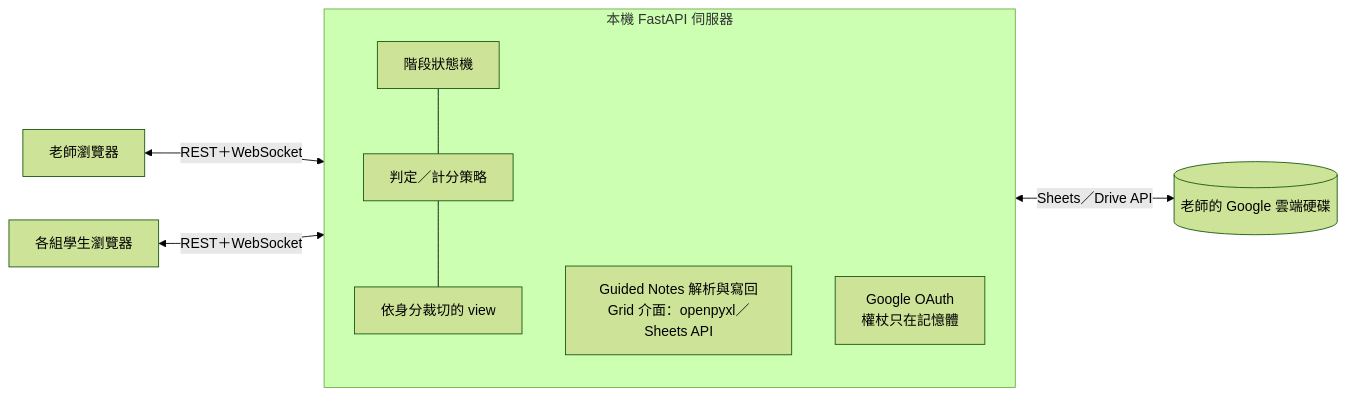
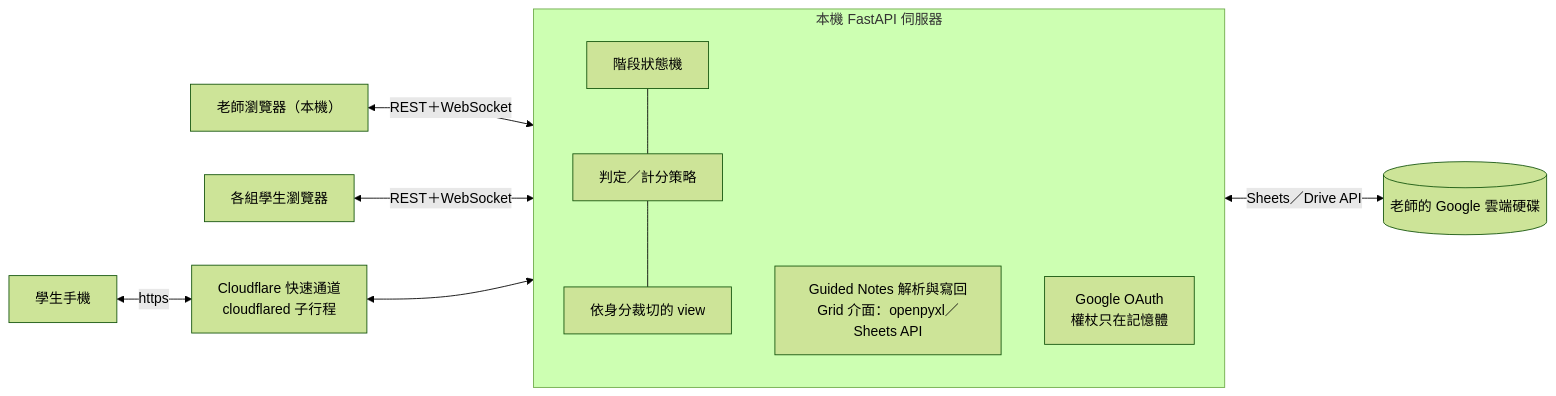
Before and after one commit to yue083139/software_fin-speckit: the second of 2 diagrams in docs/product-trd.md, drawn with Mermaid (forest theme). The commit also changed other lines of this file and 3 other files, not shown here.

````diff
--- a/docs/product-trd.md
+++ b/docs/product-trd.md
@@ -64,12 +72,13 @@
 ```mermaid
 flowchart LR
-  T[老師瀏覽器] <-- REST＋WebSocket --> S
+  T[老師瀏覽器（本機）] <-- REST＋WebSocket --> S
   St[各組學生瀏覽器] <-- REST＋WebSocket --> S
+  Ph[學生手機] <-- https --> CF[Cloudflare 快速通道<br/>cloudflared 子行程] <--> S
   subgraph S[本機 FastAPI 伺服器]
     P[階段狀態機] --- J[判定／計分策略]
     J --- V[依身分裁切的 view]
     G[Guided Notes 解析與寫回<br/>Grid 介面：openpyxl／Sheets API]
     GA[Google OAuth<br/>權杖只在記憶體]
   end
   S <-- Sheets／Drive API --> GG[(老師的 Google 雲端硬碟)]
 ```
````
